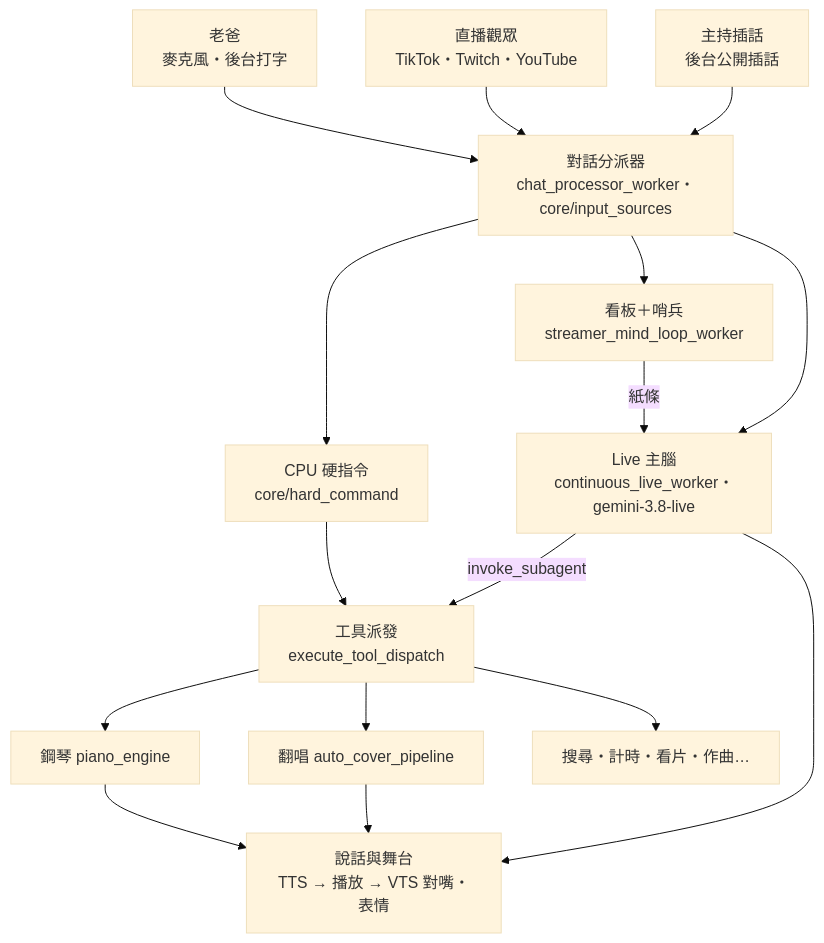
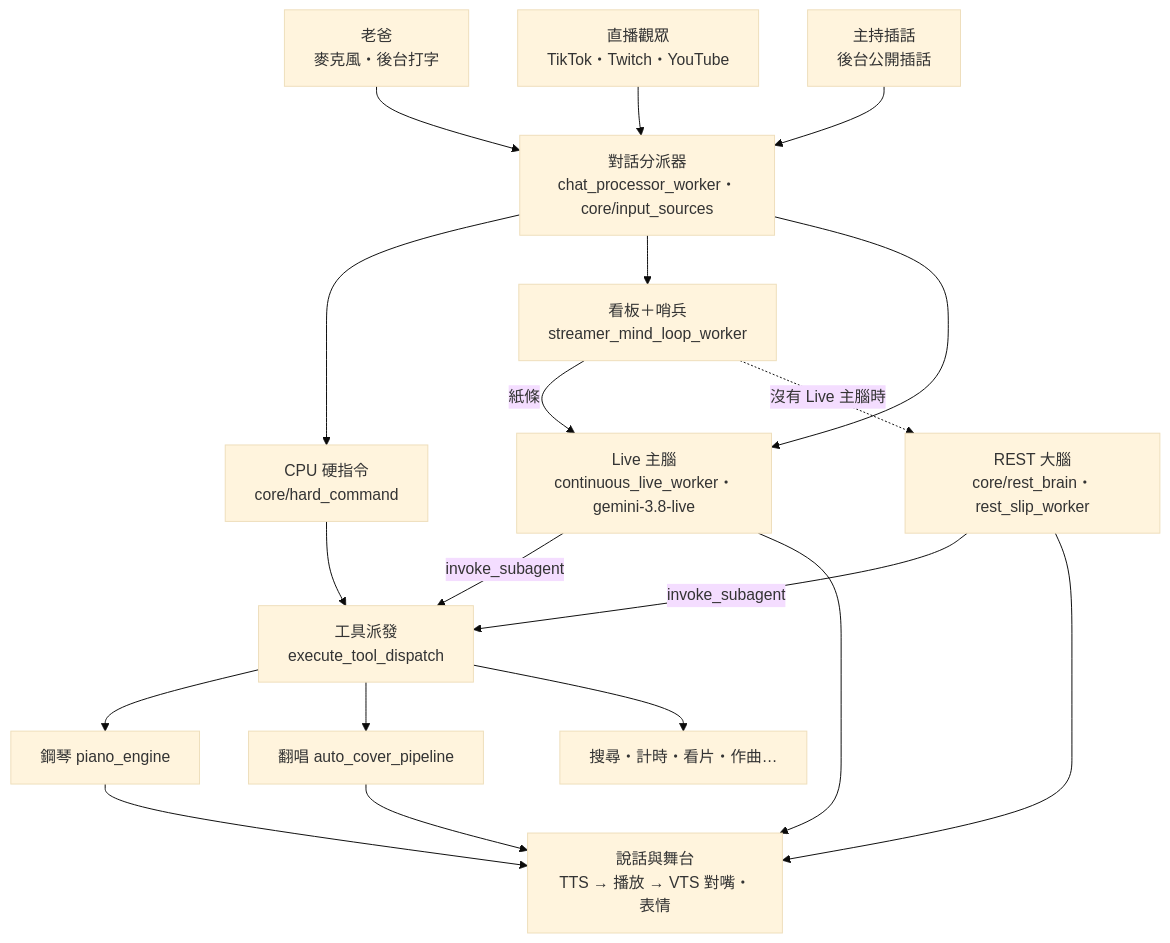
One commit to E5alR9/7L-vts changed the diagram in docs/ARCHITECTURE.md. Above: the diagram before and after it, drawn with Mermaid (base theme). The commit also changed other lines of this file and 1 other file, not shown here.

Commit message:
文件跟上 H：REST 大腦與舊 STT 備援的資料流、VTuber 模式沒有 Live 主腦（構想書新增 P）

````diff
--- a/docs/ARCHITECTURE.md
+++ b/docs/ARCHITECTURE.md
@@ -7,18 +7,21 @@
 ```mermaid
 flowchart TD
     A[老爸<br/>麥克風・後台打字] --> D
     B[直播觀眾<br/>TikTok・Twitch・YouTube] --> D
     C[主持插話<br/>後台公開插話] --> D
     D[對話分派器<br/>chat_processor_worker・core/input_sources] --> H[CPU 硬指令<br/>core/hard_command]
     D --> S[看板＋哨兵<br/>streamer_mind_loop_worker]
     D --> L[Live 主腦<br/>continuous_live_worker・gemini-3.8-live]
     S -- 紙條 --> L
+    S -. 沒有 Live 主腦時 .-> R[REST 大腦<br/>core/rest_brain・rest_slip_worker]
+    R -- invoke_subagent --> T
     H --> T[工具派發<br/>execute_tool_dispatch]
     L -- invoke_subagent --> T
     T --> P[鋼琴 piano_engine]
     T --> V[翻唱 auto_cover_pipeline]
     T --> W[搜尋・計時・看片・作曲…]
     L --> O[說話與舞台<br/>TTS → 播放 → VTS 對嘴・表情]
+    R --> O
     P --> O
     V --> O
 ```
````
